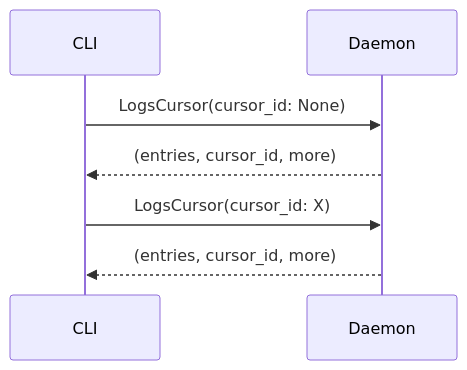
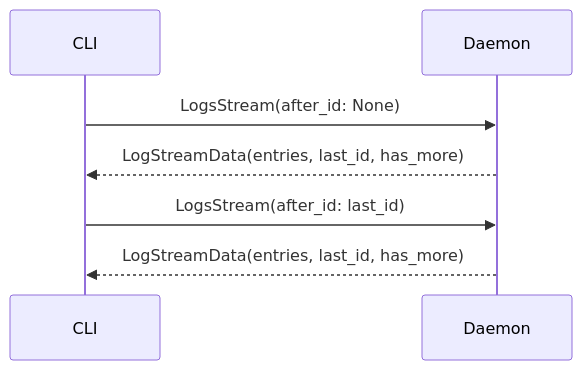
Before and after one commit to maleus-ai/kepler: the ninth of 10 diagrams in docs/architecture.md, drawn with Mermaid. The commit also changed other lines of this file and 63 other files, not shown here.

````diff
--- a/docs/architecture.md
+++ b/docs/architecture.md
@@ -666,7 +666,7 @@
 ```mermaid
 sequenceDiagram
-    CLI->>Daemon: LogsCursor(cursor_id: None)
-    Daemon-->>CLI: (entries, cursor_id, more)
-    CLI->>Daemon: LogsCursor(cursor_id: X)
-    Daemon-->>CLI: (entries, cursor_id, more)
+    CLI->>Daemon: LogsStream(after_id: None)
+    Daemon-->>CLI: LogStreamData(entries, last_id, has_more)
+    CLI->>Daemon: LogsStream(after_id: last_id)
+    Daemon-->>CLI: LogStreamData(entries, last_id, has_more)
 ```
````
